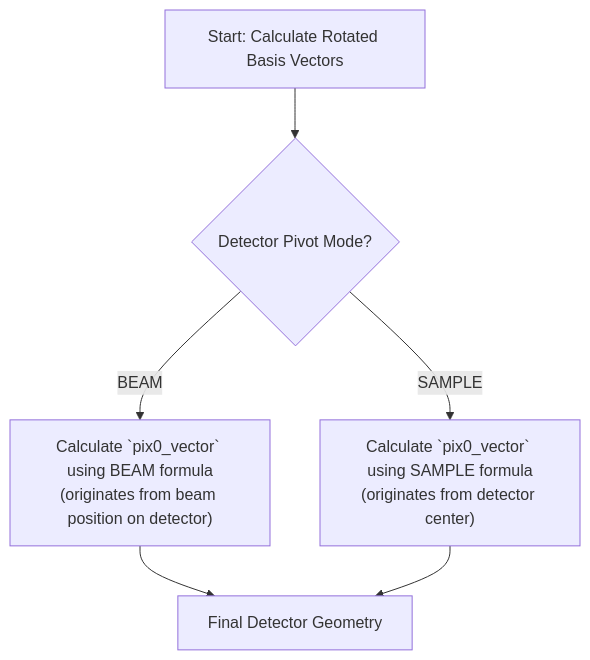
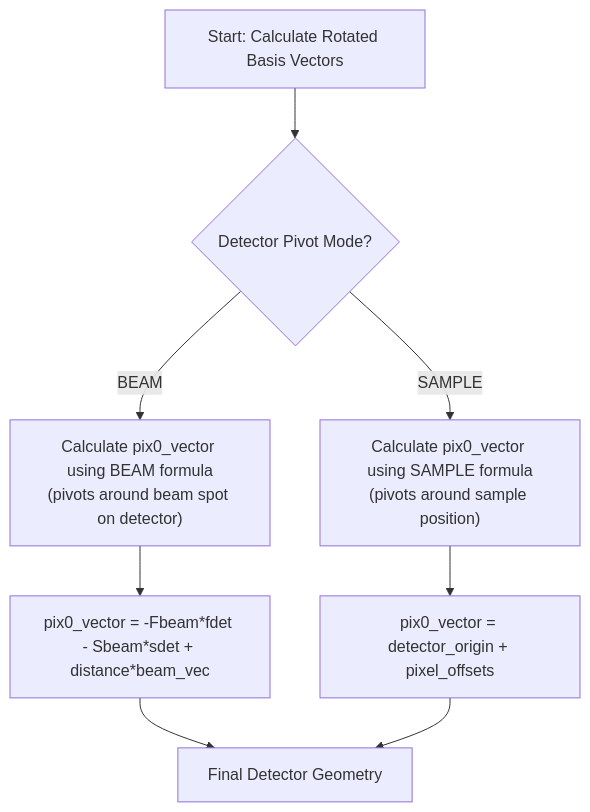
The diagram in docs/architecture/detector.md (hoidn/nanoBragg), drawn with Mermaid before and after one commit. The commit also changed other lines of this file and 7 other files, not shown here.

````diff
--- a/docs/architecture/detector.md
+++ b/docs/architecture/detector.md
@@ -26,8 +85,10 @@
 ```mermaid
 graph TD
     A[Start: Calculate Rotated Basis Vectors] --> B{Detector Pivot Mode?};
-    B -- BEAM --> C["Calculate `pix0_vector` using BEAM formula<br/>(originates from beam position on detector)"];
-    B -- SAMPLE --> D["Calculate `pix0_vector` using SAMPLE formula<br/>(originates from detector center)"];
-    C --> E[Final Detector Geometry];
-    D --> E;
+    B -- BEAM --> C["Calculate pix0_vector using BEAM formula<br/>(pivots around beam spot on detector)"];
+    B -- SAMPLE --> D["Calculate pix0_vector using SAMPLE formula<br/>(pivots around sample position)"];
+    C --> E[pix0_vector = -Fbeam*fdet - Sbeam*sdet + distance*beam_vec];
+    D --> F[pix0_vector = detector_origin + pixel_offsets];
+    E --> G[Final Detector Geometry];
+    F --> G;
 ```
````
